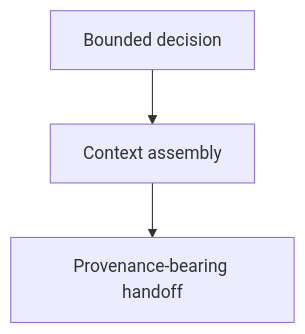
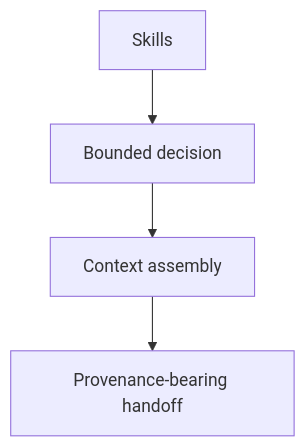
The diagram in skills/context-building/as-is.md (abstract-business-systems/as-is), drawn with Mermaid before and after one commit. The commit also changed other lines of this file and 16 other files, not shown here.

Commit message:
docs(skills): add parent navigation to component records

````diff
--- a/skills/context-building/as-is.md
+++ b/skills/context-building/as-is.md
@@ -12,5 +14,7 @@
 ```mermaid
 flowchart TD
-    A["Bounded decision"] --> B["Context assembly"]
+    Parent["Skills"] --> A["Bounded decision"] --> B["Context assembly"]
     B --> C["Provenance-bearing handoff"]
+
+    click Parent href "../as-is.md#design" "Open Skills design"
 ```
````
